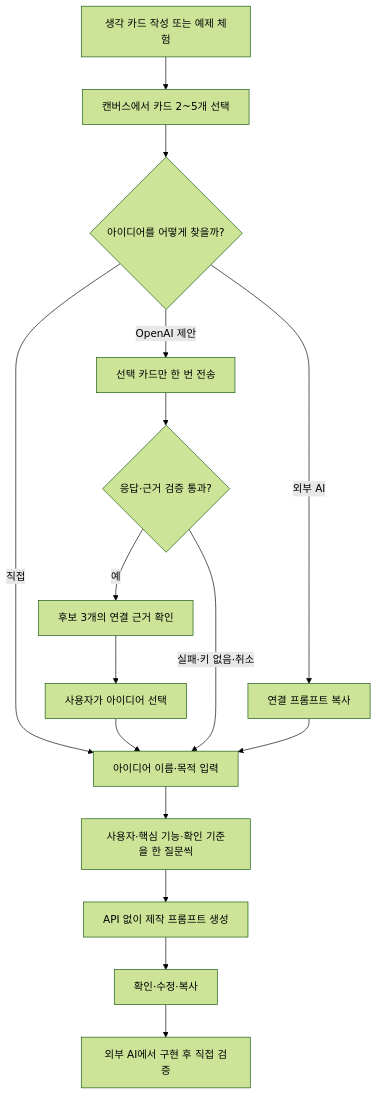
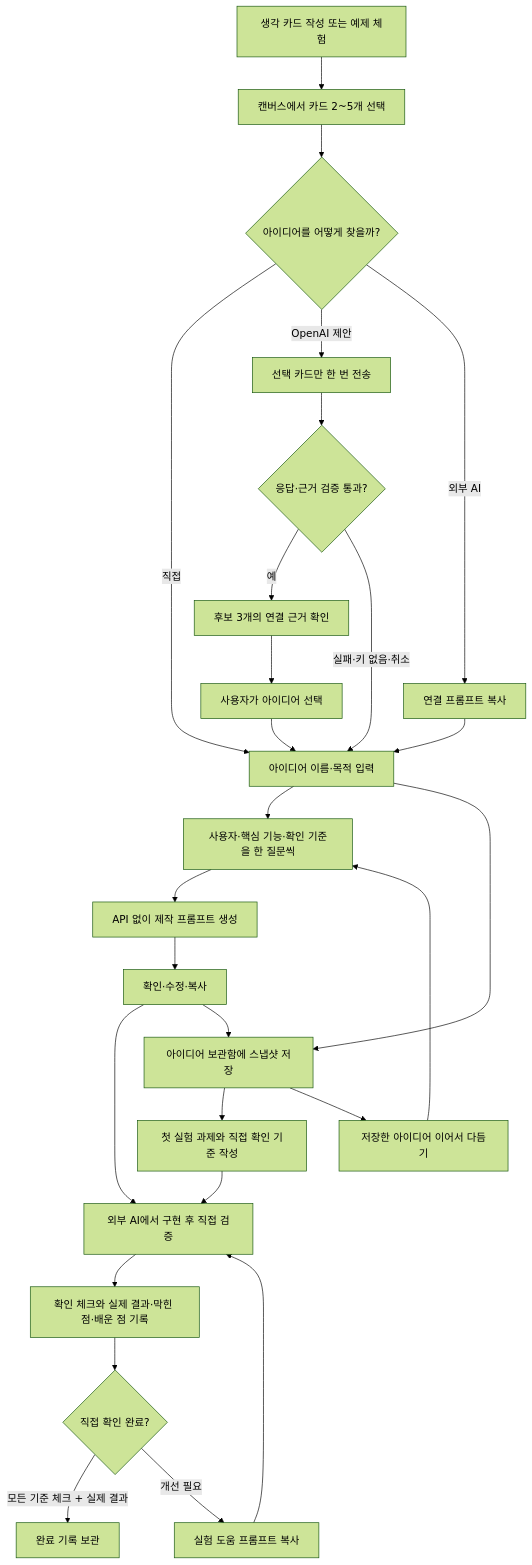
One commit to LamdaLee/Byeolieum changed the diagram in docs/user-flow.md. Above: the diagram before and after it, drawn with Mermaid (forest theme). The commit also changed other lines of this file and 18 other files, not shown here.

````diff
--- a/docs/user-flow.md
+++ b/docs/user-flow.md
@@ -3,18 +3,29 @@
 ```mermaid
 flowchart TD
  A[생각 카드 작성 또는 예제 체험] --> B[캔버스에서 카드 2~5개 선택]
  B --> C{아이디어를 어떻게 찾을까?}
  C -->|직접| D[아이디어 이름·목적 입력]
  C -->|OpenAI 제안| E[선택 카드만 한 번 전송]
  C -->|외부 AI| F[연결 프롬프트 복사]
  E --> G{응답·근거 검증 통과?}
  G -->|예| H[후보 3개의 연결 근거 확인]
  H --> I[사용자가 아이디어 선택]
  I --> D
  G -->|실패·키 없음·취소| D
  F --> D
  D --> J[사용자·핵심 기능·확인 기준을 한 질문씩]
  J --> K[API 없이 제작 프롬프트 생성]
  K --> L[확인·수정·복사]
  L --> M[외부 AI에서 구현 후 직접 검증]
+ L --> N[아이디어 보관함에 스냅샷 저장]
+ D --> N
+ N --> O[첫 실험 과제와 직접 확인 기준 작성]
+ O --> M
+ M --> P[확인 체크와 실제 결과·막힌 점·배운 점 기록]
+ P --> Q{직접 확인 완료?}
+ Q -->|모든 기준 체크 + 실제 결과| R[완료 기록 보관]
+ Q -->|개선 필요| S[실험 도움 프롬프트 복사]
+ S --> M
+ N --> T[저장한 아이디어 이어서 다듬기]
+ T --> J
 ```
````
